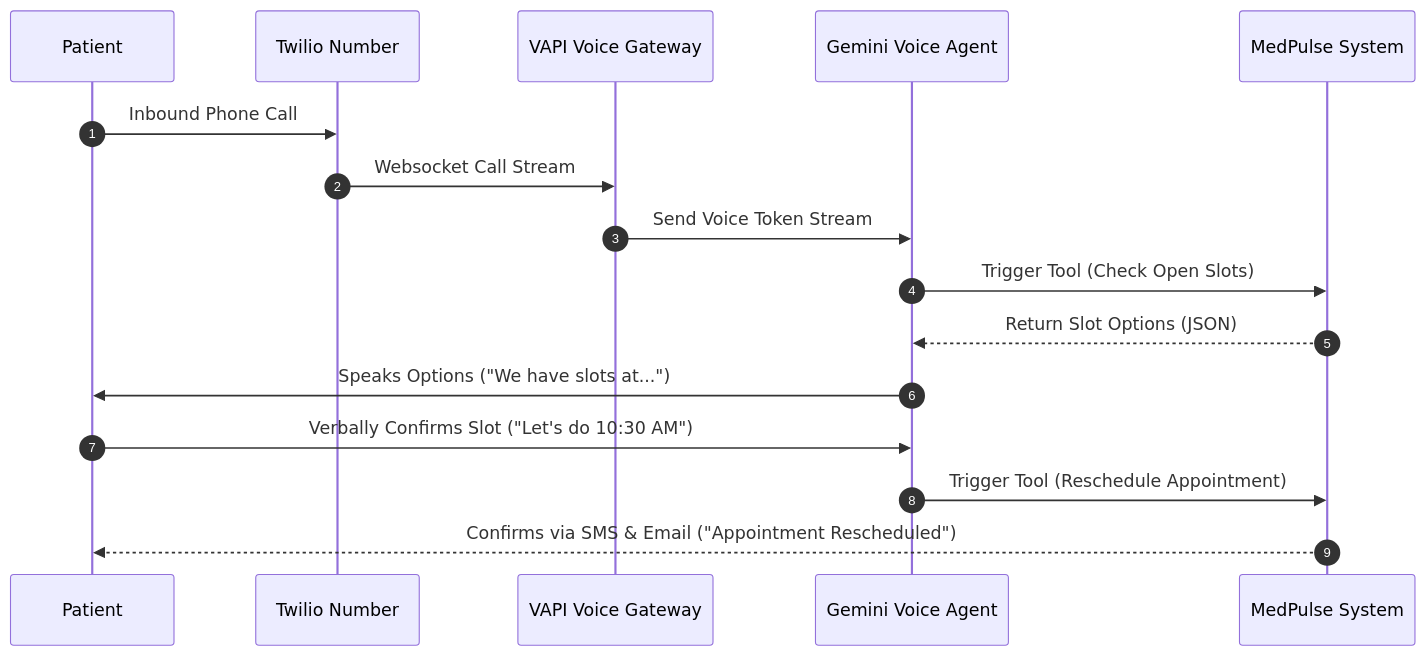
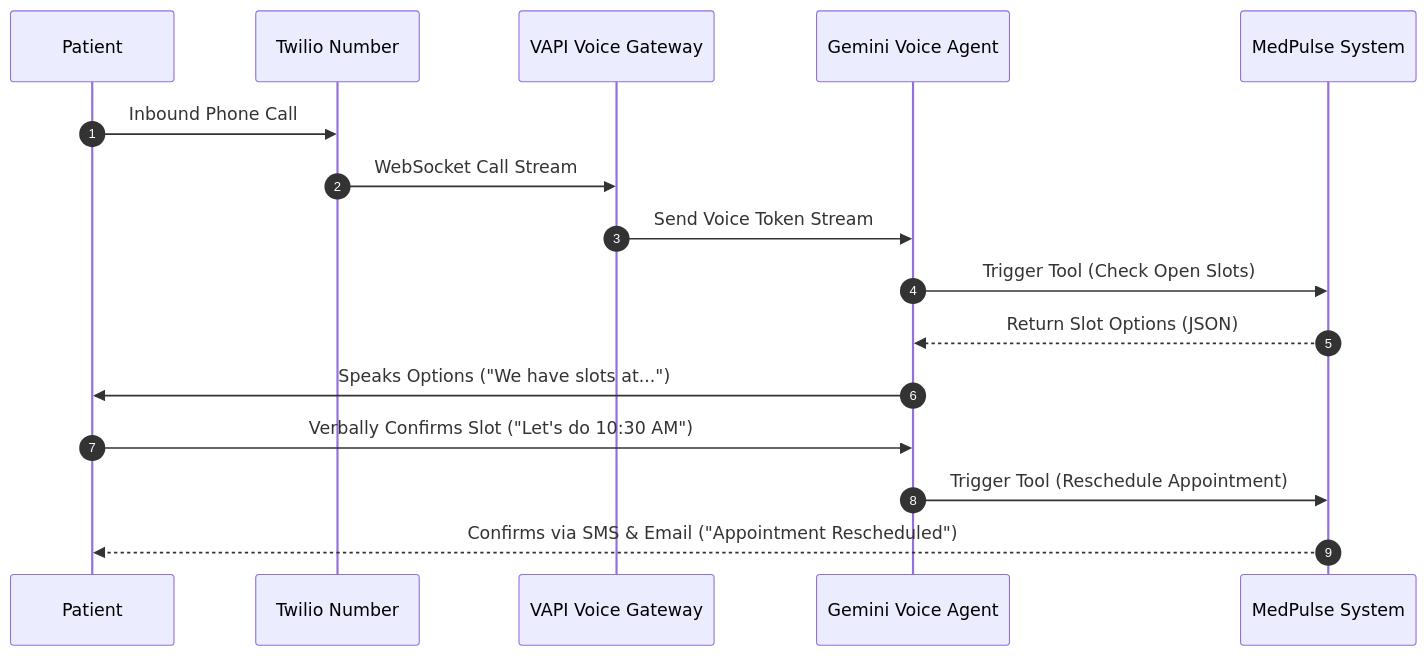
Before and after one commit to abhinay0804/MedPlus-AI: the second of 2 diagrams in README.md, drawn with Mermaid. The commit also changed other lines of this file, not shown here.

Commit message:
Complete README overhaul: 73 endpoints, 15 DB models, 13 Celery tasks, 7 AI pipelines, full system design, architecture diagrams, and 40-test suite documentation

````diff
--- a/README.md
+++ b/README.md
@@ -344,13 +647,13 @@
 ```mermaid
 sequenceDiagram
     autonumber
     Patient->>Twilio Number: Inbound Phone Call
-    Twilio Number->>VAPI Voice Gateway: Websocket Call Stream
+    Twilio Number->>VAPI Voice Gateway: WebSocket Call Stream
     VAPI Voice Gateway->>Gemini Voice Agent: Send Voice Token Stream
     Gemini Voice Agent->>MedPulse System: Trigger Tool (Check Open Slots)
     MedPulse System-->>Gemini Voice Agent: Return Slot Options (JSON)
     Gemini Voice Agent->>Patient: Speaks Options ("We have slots at...")
     Patient->>Gemini Voice Agent: Verbally Confirms Slot ("Let's do 10:30 AM")
     Gemini Voice Agent->>MedPulse System: Trigger Tool (Reschedule Appointment)
     MedPulse System-->>Patient: Confirms via SMS & Email ("Appointment Rescheduled")
 ```
````
